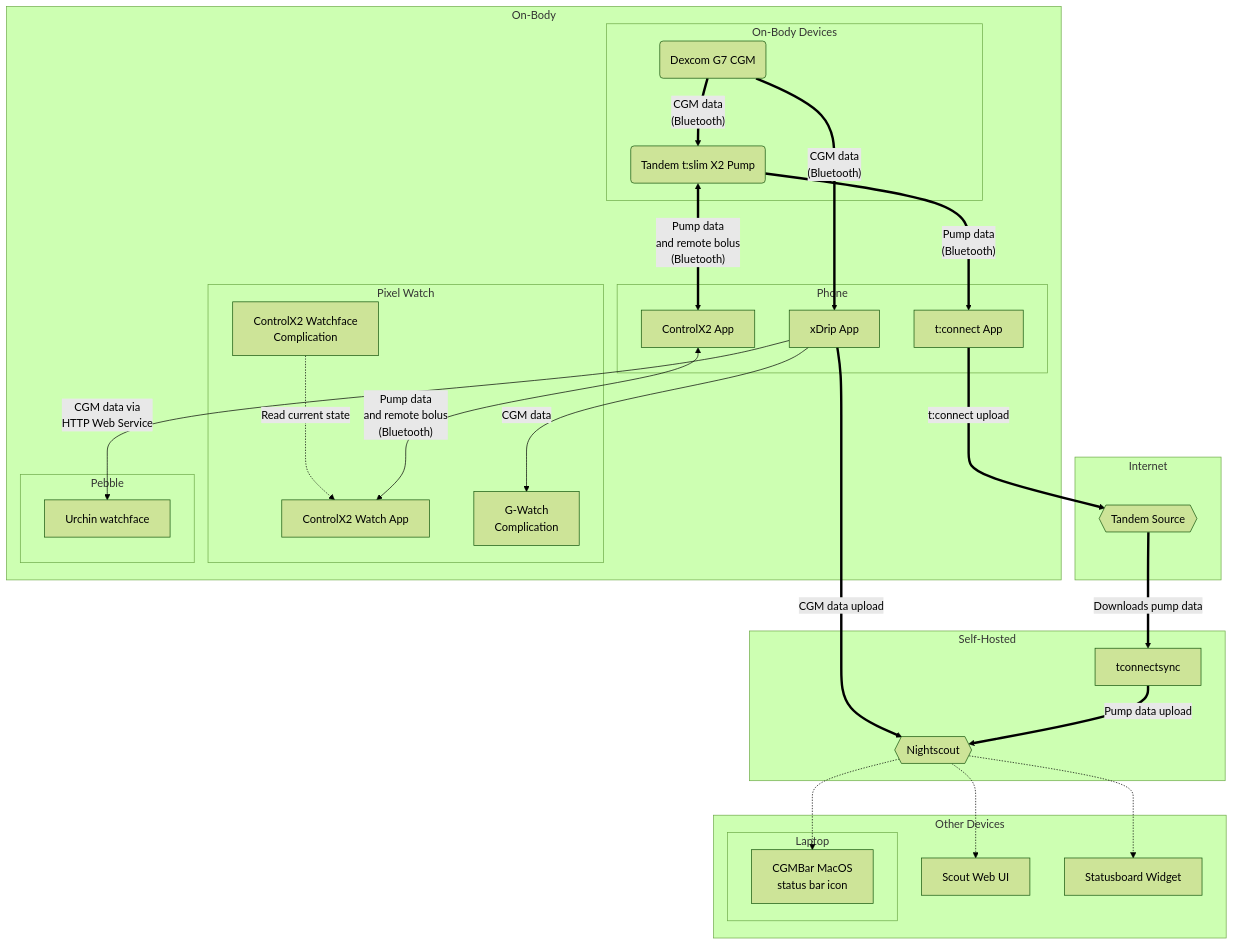
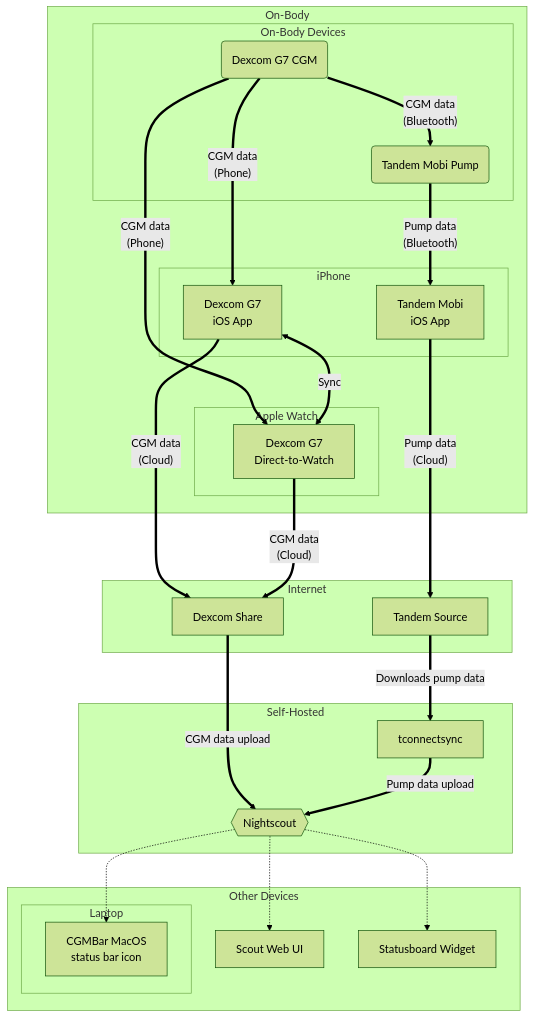
The diagram in diabetes.mermaid (jwoglom/architecture-diagram), drawn with Mermaid (forest theme) before and after one commit. The commit also changed 1 other file, not shown here.

```diff
--- a/diabetes.mermaid
+++ b/diabetes.mermaid
@@ -1,84 +1,80 @@
 graph TD
     subgraph "On-Body"
         subgraph "On-Body Devices"
+            PUMP(Tandem Mobi Pump)
             CGM(Dexcom G7 CGM)
-            PUMP(Tandem t:slim X2 Pump)
 
             CGM ==>|"CGM data<br>(Bluetooth)"| PUMP
         end
 
-        subgraph Phone
-            XDRIP[xDrip App]
-            TCONNECTANDROID[t:connect App]
-            CONTROLX2[ControlX2 App]
-            click XDRIP "http://github.com/nightscoutfoundation/xdrip"
-            click CONTROLX2 "http://github.com/jwoglom/controlX2"
 
-            CGM ===>|"CGM data<br>(Bluetooth)"| XDRIP
+        subgraph "iPhone"
+            DEXCOM_IOS["Dexcom G7<br>iOS App"]
+
+            TANDEM_MOBI_IOS[Tandem Mobi<br>iOS App]
+            
+            CGM ===>|"CGM data<br>(Phone)"| DEXCOM_IOS
+
+
+
+            PUMP ==>|"Pump data<br>(Bluetooth)"| TANDEM_MOBI_IOS
+
+            
             
 
-            PUMP ==>|"Pump data<br>(Bluetooth)"| TCONNECTANDROID
-            PUMP <==>|"Pump data<br>and remote bolus<br>(Bluetooth)"| CONTROLX2
         end
 
-        subgraph "Pixel Watch"
-            CONTROLX2WATCH["ControlX2 Watch App"]
-            CONTROLX2COMPLICATION["ControlX2 Watchface<br>Complication"]
-            XDRIPCOMPLICATION["G-Watch<br>Complication"]
+        subgraph "Apple Watch"
+            DEXCOM_APPLE_WATCH["Dexcom G7<br>Direct-to-Watch"]
 
-            click CONTROLX2WATCH "http://github.com/jwoglom/controlX2"
-            click CONTROLX2COMPLICATION "http://github.com/jwoglom/controlX2"
-            click XDRIPCOMPLICATION "https://play.google.com/store/apps/details?id=sk.trupici.gwatch.wear"
+            CGM ===>|"CGM data<br>(Phone)"| DEXCOM_APPLE_WATCH
 
-            XDRIP -->|"CGM data"| XDRIPCOMPLICATION
+            DEXCOM_IOS <==>|"Sync"| DEXCOM_APPLE_WATCH
 
-            CONTROLX2COMPLICATION -.->|Read current state| CONTROLX2WATCH
-            CONTROLX2 <-->|"Pump data<br>and remote bolus<br>(Bluetooth)"| CONTROLX2WATCH
         end
 
-
-        subgraph Pebble
-            PEBBLE["Urchin watchface"]
-            click PEBBLE "https://github.com/jwoglom/urchin-cgm"
-            XDRIP -->|CGM data via<br>HTTP Web Service| PEBBLE
-        end
     end
 
     subgraph Internet
-        TCONNECTPORTAL{{Tandem Source}}
-        click TCONNECTPORTAL "https://source.tandemdiabetes.com/"
+        DEXCOM_SHARE[Dexcom Share]
+        TANDEM_SOURCE[Tandem Source]
 
-        TCONNECTANDROID ==>|t:connect upload| TCONNECTPORTAL
+
+        DEXCOM_IOS ==>|"CGM data<br>(Cloud)"| DEXCOM_SHARE
+        DEXCOM_APPLE_WATCH ==>|"CGM data<br>(Cloud)"| DEXCOM_SHARE
+        TANDEM_MOBI_IOS ==>|"Pump data<br>(Cloud)"| TANDEM_SOURCE
+
+
     end
 
     subgraph Self-Hosted
         NIGHTSCOUT{{Nightscout}}
         TCONNECTSYNC[tconnectsync]
         click NIGHTSCOUT "https://github.com/nightscout/cgm-remote-monitor"
         click TCONNECTSYNC "https://github.com/jwoglom/tconnectsync"
 
-        XDRIP ==>|CGM data upload| NIGHTSCOUT
+        DEXCOM_SHARE ==>|CGM data upload| NIGHTSCOUT
 
-        TCONNECTPORTAL ==>|Downloads pump data| TCONNECTSYNC
+        TANDEM_SOURCE ==>|Downloads pump data| TCONNECTSYNC
         TCONNECTSYNC ==>|Pump data upload| NIGHTSCOUT
     end
 
     subgraph "Other Devices"
         subgraph Laptop
             CGMBAR[CGMBar MacOS<br>status bar icon]
 
             click CGMBAR "https://github.com/jwoglom/cgmbar"
 
             NIGHTSCOUT -.-> CGMBAR
         end
 
         SCOUT[Scout Web UI]
         STATUSBOARD[Statusboard Widget]
 
         click SCOUT "https://github.com/jwoglom/scout"
         click STATUSBOARD "https://github.com/jwoglom/statusboard"
 
         NIGHTSCOUT -.-> SCOUT
         NIGHTSCOUT -.-> STATUSBOARD
 
     end
```
